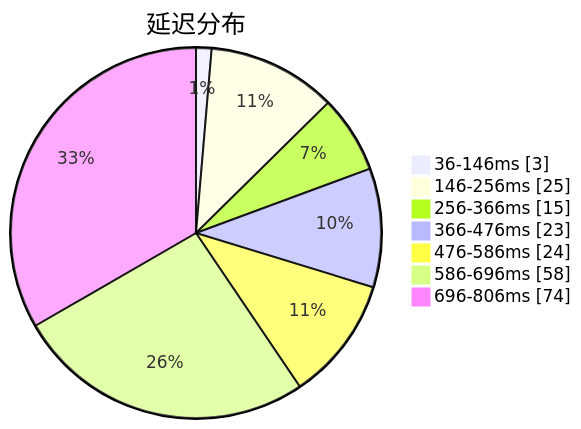
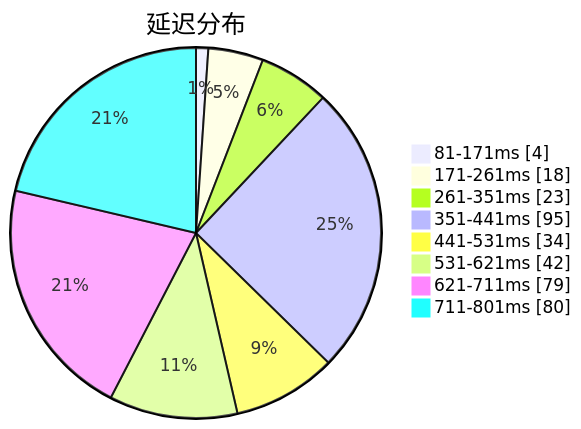
One commit to sinspired/airport changed the first of 3 diagrams in subs/statistics/tested_within.md. Above: the diagram before and after it, drawn with Mermaid. The commit also changed other lines of this file and 2 other files, not shown here.

````diff
--- a/subs/statistics/tested_within.md
+++ b/subs/statistics/tested_within.md
@@ -2,11 +2,12 @@
 ```mermaid
 pie showData
 title 延迟分布
-"36-146ms" : 3
-"146-256ms" : 25
-"256-366ms" : 15
-"366-476ms" : 23
-"476-586ms" : 24
-"586-696ms" : 58
-"696-806ms" : 74
+"81-171ms" : 4
+"171-261ms" : 18
+"261-351ms" : 23
+"351-441ms" : 95
+"441-531ms" : 34
+"531-621ms" : 42
+"621-711ms" : 79
+"711-801ms" : 80
 ```
````
